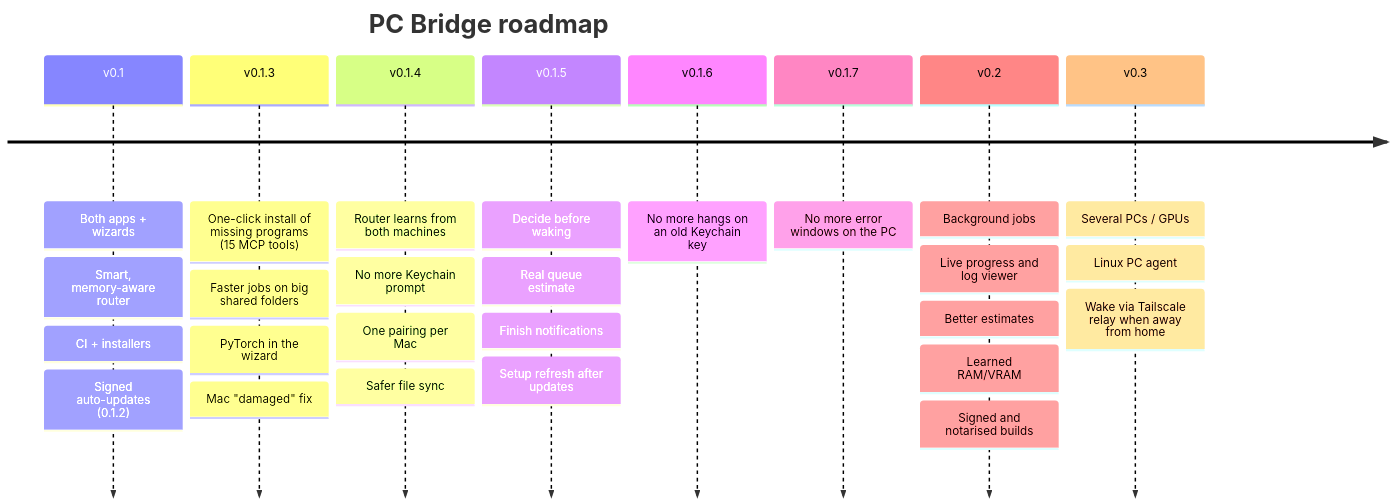
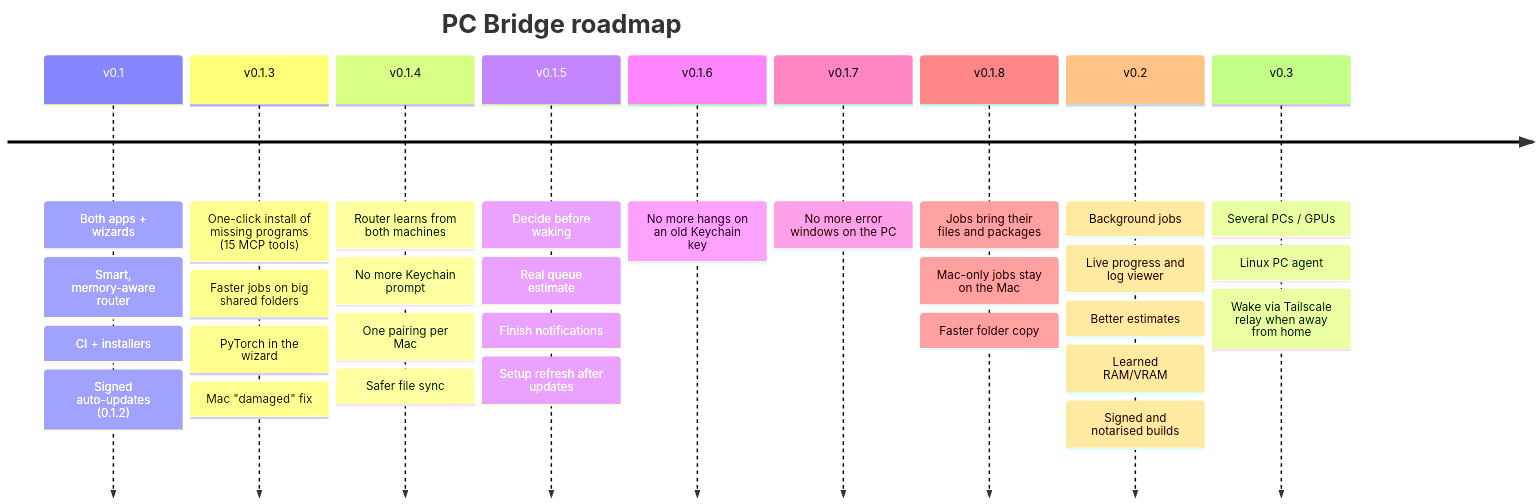
Before and after one commit to walidriachy/pc-gpu-bridge: the second of 2 diagrams in README.md, drawn with Mermaid. The commit also changed 22 other files, not shown here.

First line of the commit message:
Release 0.1.8: jobs bring their files and packages; faster folder copy

````diff
--- a/README.md
+++ b/README.md
@@ -195,12 +195,13 @@
 ```mermaid
 timeline
   title PC Bridge roadmap
   v0.1 : Both apps + wizards : Smart, memory-aware router : CI + installers : Signed auto-updates (0.1.2)
   v0.1.3 : One-click install of missing programs (15 MCP tools) : Faster jobs on big shared folders : PyTorch in the wizard : Mac "damaged" fix
   v0.1.4 : Router learns from both machines : No more Keychain prompt : One pairing per Mac : Safer file sync
   v0.1.5 : Decide before waking : Real queue estimate : Finish notifications : Setup refresh after updates
   v0.1.6 : No more hangs on an old Keychain key
   v0.1.7 : No more error windows on the PC
+  v0.1.8 : Jobs bring their files and packages : Mac-only jobs stay on the Mac : Faster folder copy
   v0.2 : Background jobs : Live progress and log viewer : Better estimates : Learned RAM/VRAM : Signed and notarised builds
   v0.3 : Several PCs / GPUs : Linux PC agent : Wake via Tailscale relay when away from home
 ```
````
